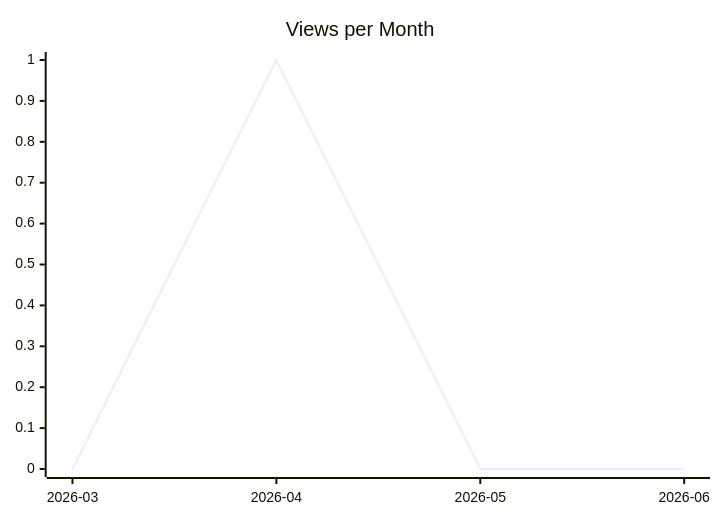
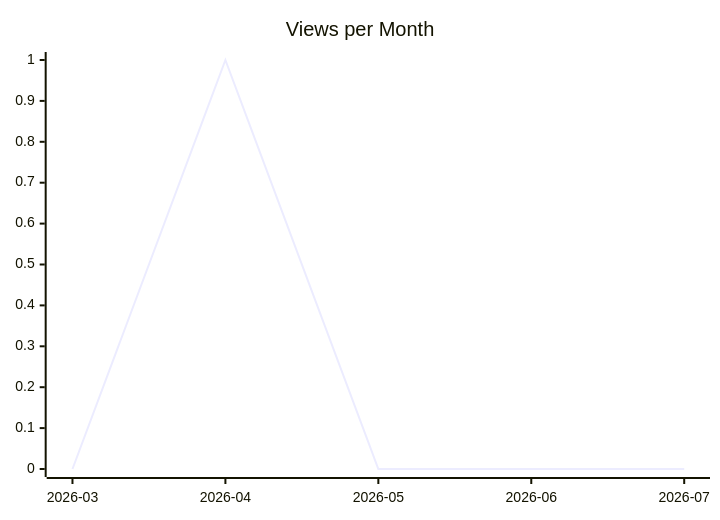
One commit to justdavis-family/github-analytics-data changed the second of 3 diagrams in justdavis-family/github-analytics-data/README.md. Above: the diagram before and after it, drawn with Mermaid. The commit also changed other lines of this file and 199 other files, not shown here.

````diff
--- a/justdavis-family/github-analytics-data/README.md
+++ b/justdavis-family/github-analytics-data/README.md
@@ -12,6 +12,6 @@
 ```mermaid
 xychart-beta
   title "Views per Month"
-  x-axis ["2026-03", "2026-04", "2026-05", "2026-06"]
-  line [0, 1, 0, 0]
+  x-axis ["2026-03", "2026-04", "2026-05", "2026-06", "2026-07"]
+  line [0, 1, 0, 0, 0]
 ```
````
